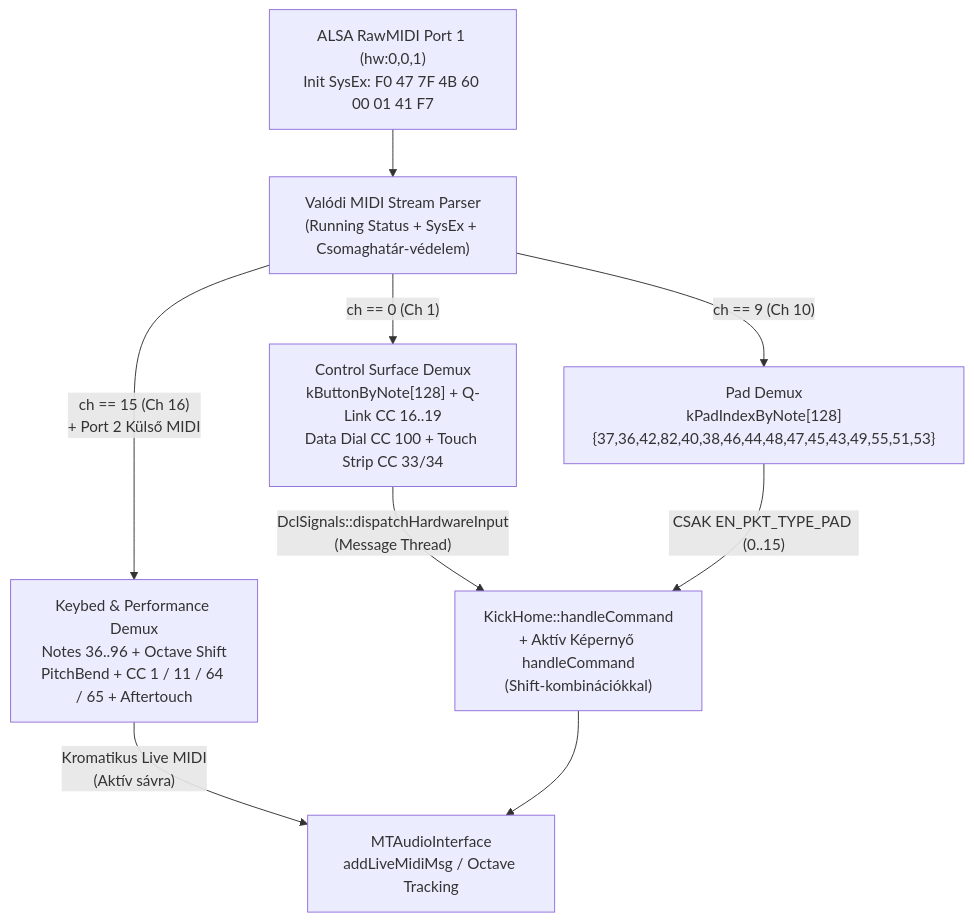
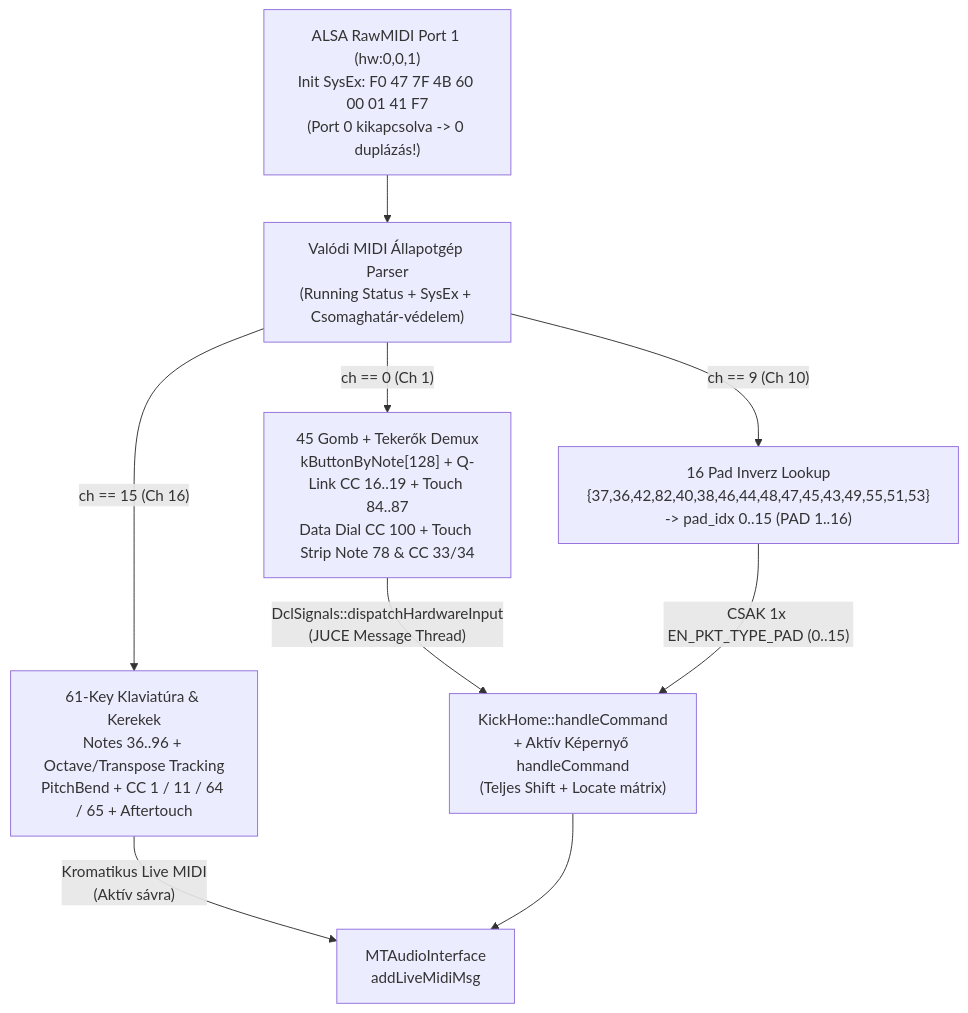
Before and after one commit to Safian/0700-AAM: the second of 2 diagrams in docs/AKAI_MPC_KEY61_HARDWARE_REVIEW.md, drawn with Mermaid. The commit also changed other lines of this file and 5 other files, not shown here.

````diff
--- a/docs/AKAI_MPC_KEY61_HARDWARE_REVIEW.md
+++ b/docs/AKAI_MPC_KEY61_HARDWARE_REVIEW.md
@@ -286,13 +280,13 @@
 ```mermaid
 flowchart TD
-    RAW["ALSA RawMIDI Port 1 (hw:0,0,1)\nInit SysEx: F0 47 7F 4B 60 00 01 41 F7"] --> PARSER["Valódi MIDI Stream Parser\n(Running Status + SysEx + Csomaghatár-védelem)"]
+    RAW["ALSA RawMIDI Port 1 (hw:0,0,1)\nInit SysEx: F0 47 7F 4B 60 00 01 41 F7\n(Port 0 kikapcsolva -> 0 duplázás!)"] --> PARSER["Valódi MIDI Állapotgép Parser\n(Running Status + SysEx + Csomaghatár-védelem)"]
 
-    PARSER -->|"ch == 0 (Ch 1)"| CTRL["Control Surface Demux\nkButtonByNote[128] + Q-Link CC 16..19\nData Dial CC 100 + Touch Strip CC 33/34"]
-    PARSER -->|"ch == 9 (Ch 10)"| PADMAP["Pad Demux\nkPadIndexByNote[128]\n{37,36,42,82,40,38,46,44,48,47,45,43,49,55,51,53}"]
-    PARSER -->|"ch == 15 (Ch 16)\n+ Port 2 Külső MIDI"| KEYBED["Keybed & Performance Demux\nNotes 36..96 + Octave Shift\nPitchBend + CC 1 / 11 / 64 / 65 + Aftertouch"]
+    PARSER -->|"ch == 0 (Ch 1)"| CTRL["45 Gomb + Tekerők Demux\nkButtonByNote[128] + Q-Link CC 16..19 + Touch 84..87\nData Dial CC 100 + Touch Strip Note 78 & CC 33/34"]
+    PARSER -->|"ch == 9 (Ch 10)"| PADMAP["16 Pad Inverz Lookup\n{37,36,42,82,40,38,46,44,48,47,45,43,49,55,51,53}\n-> pad_idx 0..15 (PAD 1..16)"]
+    PARSER -->|"ch == 15 (Ch 16)"| KEYBED["61-Key Klaviatúra & Kerekek\nNotes 36..96 + Octave/Transpose Tracking\nPitchBend + CC 1 / 11 / 64 / 65 + Aftertouch"]
 
-    CTRL -->|"DclSignals::dispatchHardwareInput\n(Message Thread)"| DCL["KickHome::handleCommand\n+ Aktív Képernyő handleCommand\n(Shift-kombinációkkal)"]
-    PADMAP -->|"CSAK EN_PKT_TYPE_PAD (0..15)"| DCL
-    KEYBED -->|"Kromatikus Live MIDI\n(Aktív sávra)"| ENGINE["MTAudioInterface\naddLiveMidiMsg / Octave Tracking"]
+    CTRL -->|"DclSignals::dispatchHardwareInput\n(JUCE Message Thread)"| DCL["KickHome::handleCommand\n+ Aktív Képernyő handleCommand\n(Teljes Shift + Locate mátrix)"]
+    PADMAP -->|"CSAK 1x EN_PKT_TYPE_PAD (0..15)"| DCL
+    KEYBED -->|"Kromatikus Live MIDI\n(Aktív sávra)"| ENGINE["MTAudioInterface\naddLiveMidiMsg"]
     DCL --> ENGINE
 ```
````
